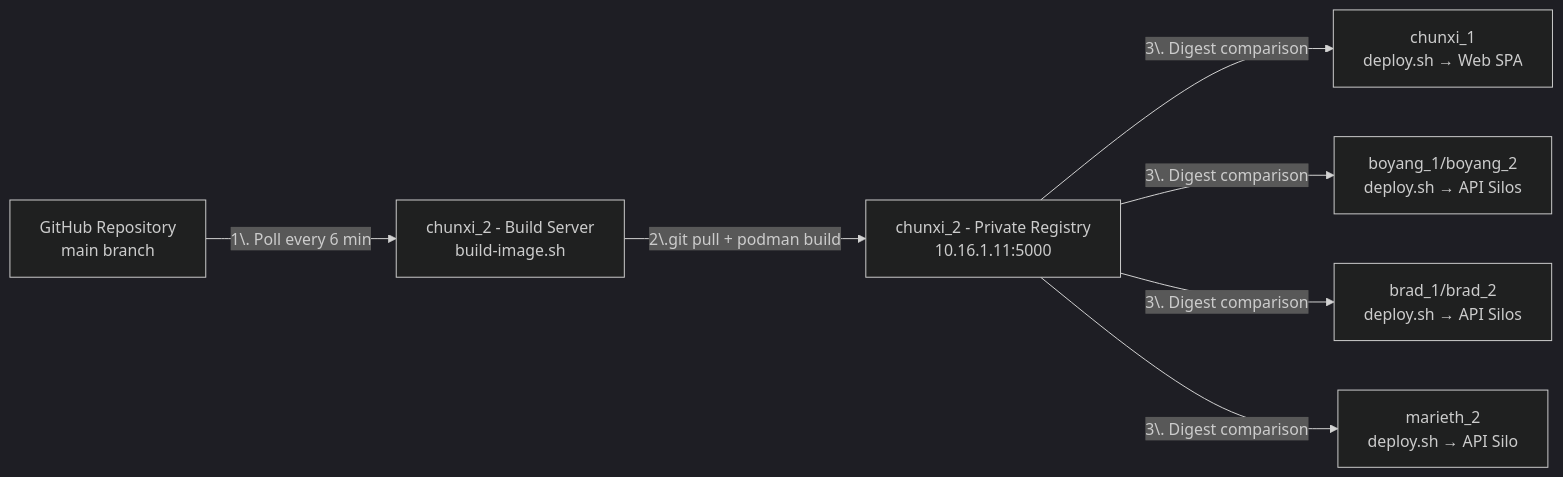
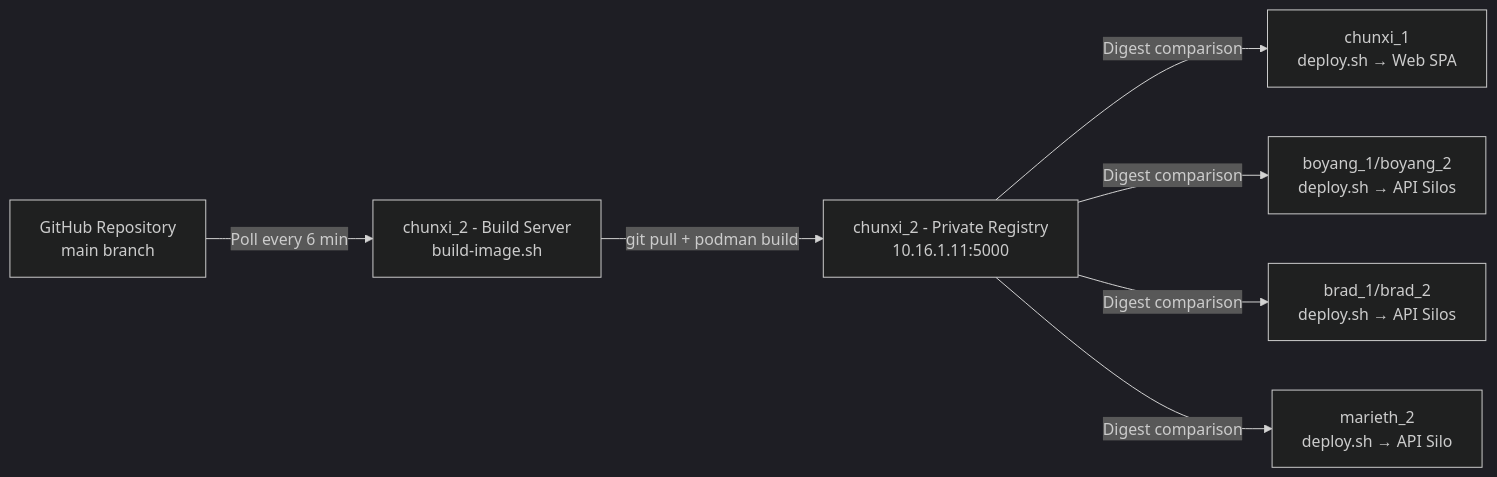
The third of 4 diagrams in Code_V2/terraform/Report.md (young-bob/CAD-Capstone), drawn with Mermaid (dark theme) before and after one commit.

Commit message:
Add terraform report

````diff
--- a/Code_V2/terraform/Report.md
+++ b/Code_V2/terraform/Report.md
@@ -229,9 +229,9 @@
 ```mermaid
 graph LR
-    GH["GitHub Repository<br/>main branch"] -->|"1\. Poll every 6 min"| Build["chunxi_2 - Build Server<br/>build-image.sh"]
-    Build -->|"2\.git pull + podman build"| Registry["chunxi_2 - Private Registry<br/>10.16.1.11:5000"]
-    Registry -->|"3\. Digest comparison"| Web["chunxi_1<br/>deploy.sh → Web SPA"]
-    Registry -->|"3\. Digest comparison"| API1["boyang_1/boyang_2<br/>deploy.sh → API Silos"]
-    Registry -->|"3\. Digest comparison"| API2["brad_1/brad_2<br/>deploy.sh → API Silos"]
-    Registry -->|"3\. Digest comparison"| API3["marieth_2<br/>deploy.sh → API Silo"]
+    GH["GitHub Repository<br/>main branch"] -->|"Poll every 6 min"| Build["chunxi_2 - Build Server<br/>build-image.sh"]
+    Build -->|"git pull + podman build"| Registry["chunxi_2 - Private Registry<br/>10.16.1.11:5000"]
+    Registry -->|"Digest comparison"| Web["chunxi_1<br/>deploy.sh → Web SPA"]
+    Registry -->|"Digest comparison"| API1["boyang_1/boyang_2<br/>deploy.sh → API Silos"]
+    Registry -->|"Digest comparison"| API2["brad_1/brad_2<br/>deploy.sh → API Silos"]
+    Registry -->|"Digest comparison"| API3["marieth_2<br/>deploy.sh → API Silo"]
 ```
````
